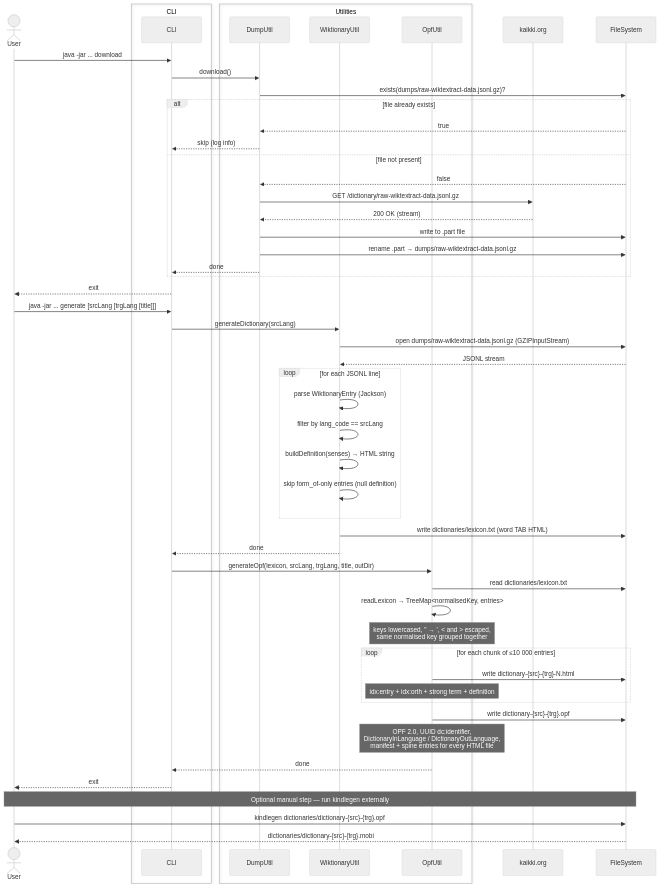
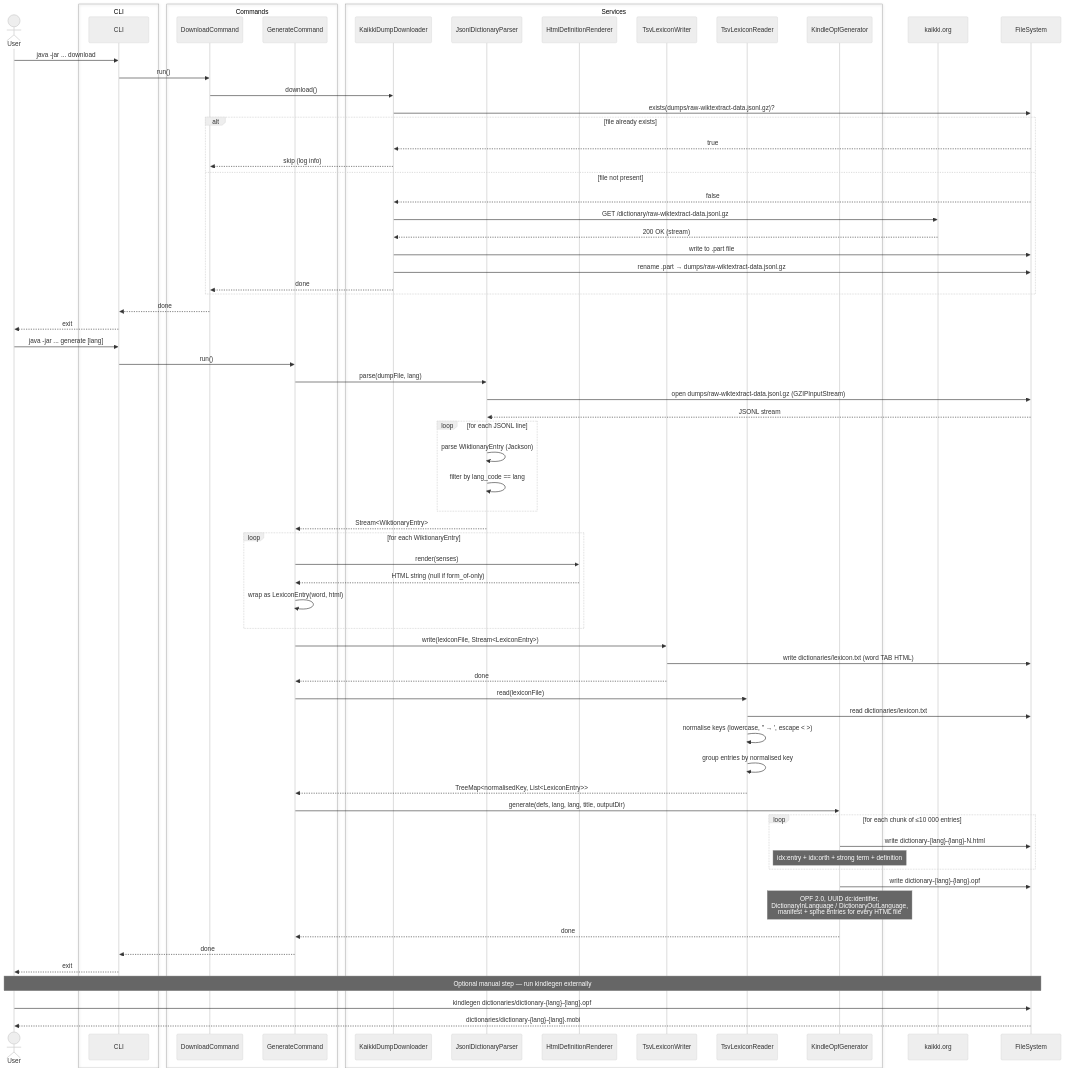
The diagram in docs/program-flow.md (nyg/wiktionary-to-kindle), drawn with Mermaid (neutral theme) before and after one commit. The commit also changed 1 other file, not shown here.

Commit message:
docs: update README and program-flow for OOP architecture (#38)

````diff
--- a/docs/program-flow.md
+++ b/docs/program-flow.md
@@ -8,10 +8,18 @@
         participant CLI
     end
 
-    box Utilities
-        participant DumpUtil
-        participant WiktionaryUtil
-        participant OpfUtil
+    box Commands
+        participant DownloadCommand
+        participant GenerateCommand
+    end
+
+    box Services
+        participant KaikkiDumpDownloader
+        participant JsonlDictionaryParser
+        participant HtmlDefinitionRenderer
+        participant TsvLexiconWriter
+        participant TsvLexiconReader
+        participant KindleOpfGenerator
     end
 
     participant kaikki.org
@@ -20,58 +28,73 @@
     %% ── download command ──────────────────────────────────────────────────────
     User->>CLI: java -jar ... download
 
-    CLI->>DumpUtil: download()
-    DumpUtil->>FileSystem: exists(dumps/raw-wiktextract-data.jsonl.gz)?
+    CLI->>DownloadCommand: run()
+    DownloadCommand->>KaikkiDumpDownloader: download()
+    KaikkiDumpDownloader->>FileSystem: exists(dumps/raw-wiktextract-data.jsonl.gz)?
 
     alt file already exists
-        FileSystem-->>DumpUtil: true
-        DumpUtil-->>CLI: skip (log info)
+        FileSystem-->>KaikkiDumpDownloader: true
+        KaikkiDumpDownloader-->>DownloadCommand: skip (log info)
     else file not present
-        FileSystem-->>DumpUtil: false
-        DumpUtil->>kaikki.org: GET /dictionary/raw-wiktextract-data.jsonl.gz
-        kaikki.org-->>DumpUtil: 200 OK (stream)
-        DumpUtil->>FileSystem: write to .part file
-        DumpUtil->>FileSystem: rename .part → dumps/raw-wiktextract-data.jsonl.gz
-        DumpUtil-->>CLI: done
+        FileSystem-->>KaikkiDumpDownloader: false
+        KaikkiDumpDownloader->>kaikki.org: GET /dictionary/raw-wiktextract-data.jsonl.gz
+        kaikki.org-->>KaikkiDumpDownloader: 200 OK (stream)
+        KaikkiDumpDownloader->>FileSystem: write to .part file
+        KaikkiDumpDownloader->>FileSystem: rename .part → dumps/raw-wiktextract-data.jsonl.gz
+        KaikkiDumpDownloader-->>DownloadCommand: done
     end
 
+    DownloadCommand-->>CLI: done
     CLI-->>User: exit
 
     %% ── generate command ──────────────────────────────────────────────────────
-    User->>CLI: java -jar ... generate [srcLang [trgLang [title]]]
+    User->>CLI: java -jar ... generate [lang]
 
-    CLI->>WiktionaryUtil: generateDictionary(srcLang)
-    WiktionaryUtil->>FileSystem: open dumps/raw-wiktextract-data.jsonl.gz (GZIPInputStream)
-    FileSystem-->>WiktionaryUtil: JSONL stream
+    CLI->>GenerateCommand: run()
+
+    GenerateCommand->>JsonlDictionaryParser: parse(dumpFile, lang)
+    JsonlDictionaryParser->>FileSystem: open dumps/raw-wiktextract-data.jsonl.gz (GZIPInputStream)
+    FileSystem-->>JsonlDictionaryParser: JSONL stream
 
     loop for each JSONL line
-        WiktionaryUtil->>WiktionaryUtil: parse WiktionaryEntry (Jackson)
-        WiktionaryUtil->>WiktionaryUtil: filter by lang_code == srcLang
-        WiktionaryUtil->>WiktionaryUtil: buildDefinition(senses) → HTML string
-        WiktionaryUtil->>WiktionaryUtil: skip form_of-only entries (null definition)
+        JsonlDictionaryParser->>JsonlDictionaryParser: parse WiktionaryEntry (Jackson)
+        JsonlDictionaryParser->>JsonlDictionaryParser: filter by lang_code == lang
     end
 
-    WiktionaryUtil->>FileSystem: write dictionaries/lexicon.txt (word TAB HTML)
-    WiktionaryUtil-->>CLI: done
+    JsonlDictionaryParser-->>GenerateCommand: Stream<WiktionaryEntry>
 
-    CLI->>OpfUtil: generateOpf(lexicon, srcLang, trgLang, title, outDir)
-    OpfUtil->>FileSystem: read dictionaries/lexicon.txt
-    OpfUtil->>OpfUtil: readLexicon → TreeMap<normalisedKey, entries>
-    Note over OpfUtil: keys lowercased, " → ', < and > escaped,<br/>same normalised key grouped together
+    loop for each WiktionaryEntry
+        GenerateCommand->>HtmlDefinitionRenderer: render(senses)
+        HtmlDefinitionRenderer-->>GenerateCommand: HTML string (null if form_of-only)
+        GenerateCommand->>GenerateCommand: wrap as LexiconEntry(word, html)
+    end
+
+    GenerateCommand->>TsvLexiconWriter: write(lexiconFile, Stream<LexiconEntry>)
+    TsvLexiconWriter->>FileSystem: write dictionaries/lexicon.txt (word TAB HTML)
+    TsvLexiconWriter-->>GenerateCommand: done
+
+    GenerateCommand->>TsvLexiconReader: read(lexiconFile)
+    TsvLexiconReader->>FileSystem: read dictionaries/lexicon.txt
+    TsvLexiconReader->>TsvLexiconReader: normalise keys (lowercase, " → ', escape < >)
+    TsvLexiconReader->>TsvLexiconReader: group entries by normalised key
+    TsvLexiconReader-->>GenerateCommand: TreeMap<normalisedKey, List<LexiconEntry>>
+
+    GenerateCommand->>KindleOpfGenerator: generate(defs, lang, lang, title, outputDir)
 
     loop for each chunk of ≤10 000 entries
-        OpfUtil->>FileSystem: write dictionary-{src}-{trg}-N.html
-        Note over OpfUtil: idx:entry + idx:orth + strong term + definition
+        KindleOpfGenerator->>FileSystem: write dictionary-{lang}-{lang}-N.html
+        Note over KindleOpfGenerator: idx:entry + idx:orth + strong term + definition
     end
 
-    OpfUtil->>FileSystem: write dictionary-{src}-{trg}.opf
-    Note over OpfUtil: OPF 2.0, UUID dc:identifier,<br/>DictionaryInLanguage / DictionaryOutLanguage,<br/>manifest + spine entries for every HTML file
+    KindleOpfGenerator->>FileSystem: write dictionary-{lang}-{lang}.opf
+    Note over KindleOpfGenerator: OPF 2.0, UUID dc:identifier,<br/>DictionaryInLanguage / DictionaryOutLanguage,<br/>manifest + spine entries for every HTML file
 
-    OpfUtil-->>CLI: done
+    KindleOpfGenerator-->>GenerateCommand: done
+    GenerateCommand-->>CLI: done
     CLI-->>User: exit
 
     %% ── kindlegen (manual step) ───────────────────────────────────────────────
     Note over User,FileSystem: Optional manual step — run kindlegen externally
-    User->>FileSystem: kindlegen dictionaries/dictionary-{src}-{trg}.opf
-    FileSystem-->>User: dictionaries/dictionary-{src}-{trg}.mobi
+    User->>FileSystem: kindlegen dictionaries/dictionary-{lang}-{lang}.opf
+    FileSystem-->>User: dictionaries/dictionary-{lang}-{lang}.mobi
 ```
````
